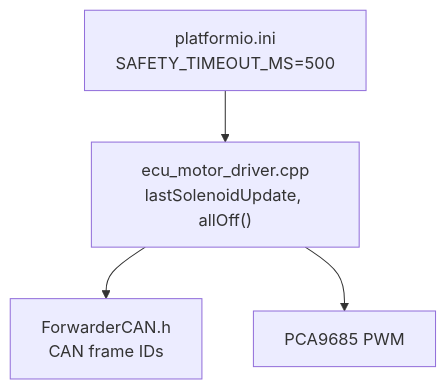
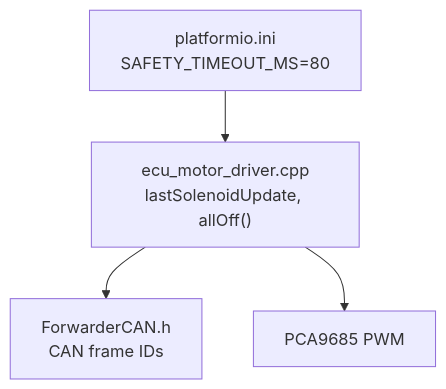
Before and after one commit to gunicsba/ESP_CAN_ECU_joystick_collection: the eighth of 8 diagrams in .qoder/repowiki/en/content/ECU Implementations/Motor Driver ECU/Safety Timeout Mechanism.md, drawn with Mermaid. The commit also changed other lines of this file and 15 other files, not shown here.

````diff
--- a/.qoder/repowiki/en/content/ECU Implementations/Motor Driver ECU/Safety Timeout Mechanism.md
+++ b/.qoder/repowiki/en/content/ECU Implementations/Motor Driver ECU/Safety Timeout Mechanism.md
@@ -243,10 +252,10 @@
 ```mermaid
 graph TB
-PIO["platformio.ini<br/>SAFETY_TIMEOUT_MS=500"]
+PIO["platformio.ini<br/>SAFETY_TIMEOUT_MS=80"]
 MD["ecu_motor_driver.cpp<br/>lastSolenoidUpdate, allOff()"]
 CANLIB["ForwarderCAN.h<br/>CAN frame IDs"]
 PCA["PCA9685 PWM"]
 PIO --> MD
 MD --> CANLIB
 MD --> PCA
 ```
````
